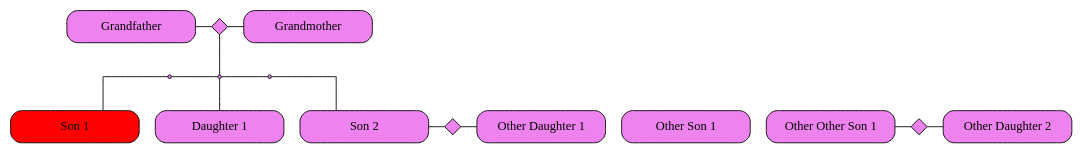
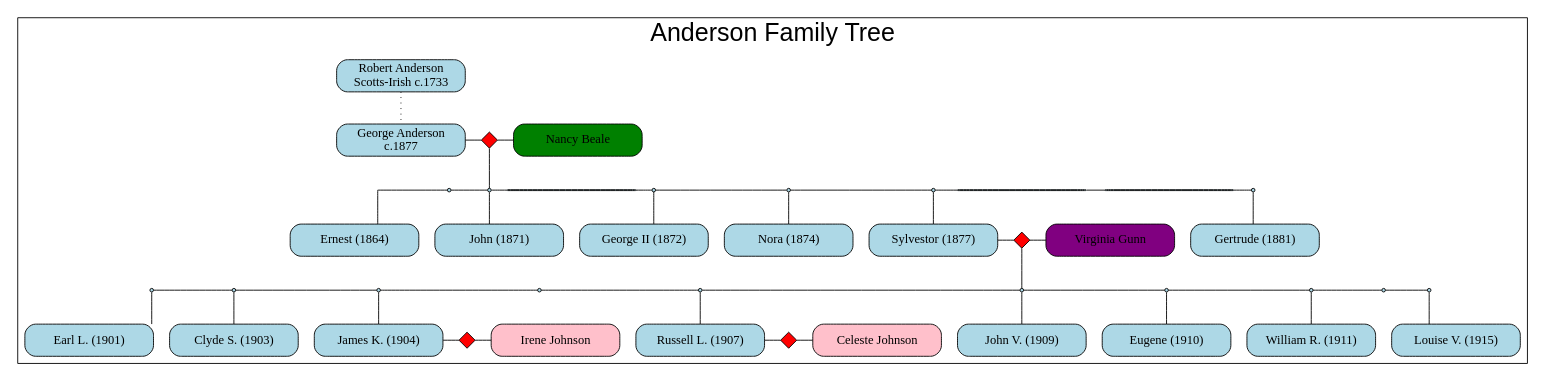
The diagram in app/testTree.dot (mbrick02/PHPMBBlog), drawn with Graphviz before and after one commit. The commit also changed 3 other files, not shown here.

Commit message:
may delete familyTree and Flowcharts versions

```diff
--- a/app/testTree.dot
+++ b/app/testTree.dot
@@ -1,69 +1,125 @@
 digraph {
+    /* designation: x#### or aLL## - with x or a(alpha) [A=Anderson, B=Beal/e, j is juncture, m=marriage juncture]
+        1st ## [or LL= level number]
+        2nd ## [= level offspring number]
+    */
     edge [dir=none];
     node [
-        fillcolor="violet",fixedsize=true,shape=box,
+        fillcolor="lightblue",fixedsize=true,shape=box,
         style="rounded,filled",width=2.0
     ];
     splines=ortho;
-    // GEN -01
-    {
-        rank=same; rankdir=LR;
-        "Grandfather" [regular=0];
-        m0002 [
-            label="",shape=diamond,regular=0,height=0.25,
+
+    subgraph cluster0 {
+        rankdir=LR;
+        label="Anderson Family Tree"
+        fontsize=28
+        fontname=arial
+        "A0001" [label="Robert Anderson \nScotts-Irish c.1733", regular=0];
+        // GEN -01
+        "A0301" [label="George Anderson \nc.1877", regular=0];
+        m0301 [
+            label="",shape=diamond,regular=0,height=0.25, fillcolor="red",
             width=0.25,style="filled",
         ];
-        "Grandmother" [regular=0];
+        "A0001" -> A0301 [style="dotted"];
+
+        "B0301" [label="Nancy Beale", regular=0, fillcolor="green"];
         {
             rank=same; rankdir=LR;
-            "Grandfather" -> m0002 -> "Grandmother";
+            "A0301" -> m0301 -> "B0301";
         }
-    }
-    m0002 -> c0001;
-    // GEN  00
-    {
-        rank=same; rankdir=LR;
-        c0000 [
-            label="",shape=circle, regular=0, height=0.05,
-            width=0.05,style="filled"
-        ];
-        c0001 [
-            label="",shape=circle, regular=0, height=0.05,
-            width=0.05,style="filled"
-        ];
-        c0002 [
-            label="",shape=circle, regular=0, height=0.05,
-            width=0.05, style="filled"
-        ];
-        {
+
+        m0301 -> j0401 [dir=none];
+
+        {  // 04 juncture points
             rank=same; rankdir=LR;
-            c0000 -> c0001 -> c0002;
+            j0400, j0401, j0403, j0404, j0405, j0408 [
+                label="",shape=circle, regular=0, height=0.05,
+                width=0.05,style="filled"
+            ];
+            j0402, j0406, j0407 [label="", height=0, shape=invis];
+
+            {
+                rank=same; rankdir=LR;
+                j0400 -> j0401 -> j0402 -> j0403 -> j0404 -> j0405 -> j0406 -> j0407 -> j0408;
+            }
         }
-    }
-    {
-        rank=same; rankdir=LR;
-        "Son 1" [regular=0, fillcolor="red"];
-        "Daughter 1" [regular=0];
-        "Son 2" [regular=0];
-        m0000 [
-            label="",shape=diamond,regular=0,height=0.25,
-            width=0.25,style="filled"
-        ];
-        "Other Daughter 1" [regular=0];
-        "Other Son 1" [regular=0];
-        "Other Other Son 1" [regular=0];
-        m0001 [
-            label="",shape=diamond,regular=0,height=0.25,
-            width=0.25, style="filled"
-        ];
-        "Other Daughter 2" [regular=0];
-        {
+        { // 05 row Generation
             rank=same; rankdir=LR;
-            "Son 2" -> m0000 -> "Other Daughter 1";
-            "Other Other Son 1" -> m0001 -> "Other Daughter 2";
+            /* Ernest (1864), John(1871), George II (1872),
+            Nora (1874), Sylvester(1877), Gertrude (1881) */
+            A0501 [label="Ernest (1864)", regular=0, group=vg1];
+            A0502 [label="John (1871)", regular=0];
+            A0503 [label="George II (1872)", regular=0];
+            A0504 [label="Nora (1874)", regular=0];
+            A0505 [label="Sylvestor (1877)" regular=0];
+            A0506 [label="Gertrude (1881)", regular=0];
+            m0500 [
+                label="",shape=diamond,regular=0,height=0.25, fillcolor="red",
+                width=0.25,style="filled",
+            ];
+            G0501 [label="Virginia Gunn", regular=0 fillcolor="purple"];
+
+            "A0505" -> m0500 -> G0501;
         }
-    }
-    c0000 -> "Son 1" [headport=ne];
-    c0001 -> "Daughter 1";
-    c0002 -> "Son 2":nw; // Shorthand for [headport=nw]
+        j0400 -> "A0501" [headport=ne];
+        j0401 -> "A0502";
+        j0403 -> "A0503":n; // Shorthand for [headport=nw]
+        j0404 -> "A0504";
+        j0405 -> "A0505";
+        j0408 -> "A0506";
+
+
+        m0500 -> j0605 [dir=none];
+        {  // 06 juncture points
+          j0600, j0601, j0602, j0603, j0604, j0605, j0606, j0607, j0608, j0609 [
+              label="",shape=circle, regular=0, height=0.05,
+              width=0.05,style="filled"
+          ];
+
+          {
+              rank=same; rankdir=LR;
+              j0600 -> j0601 -> j0602 -> j0603 -> j0604 -> j0605 -> j0606 -> j0607 -> j0608 -> j0609;
+          }
+
+          j0600 -> "A0701";
+          j0601 -> "A0702";
+          j0602 -> "A0703";
+          j0604 -> "A0704";
+          j0605 -> "A0705";
+          j0606 -> "A0706";
+          j0607 -> "A0707";
+          j0609 -> "A0708";
+      }
+
+      { // 07 row Generation
+          rank=same; rankdir=LR;
+          //      Earl L. (1901), Clyde S. (1903), James K. (1904),
+         // Russell L. (1907), John V. (1909), Eugene (1910),
+         // William R. (1911), Louise V. (1915)
+          A0701 [label="Earl L. (1901)", regular=0, group=vg1];
+          A0702 [label="Clyde S. (1903)", regular=0];
+          A0703 [label="James K. (1904)", regular=0];
+          A0704 [label="Russell L. (1907)", regular=0];
+          A0705 [label="John V. (1909)" regular=0];
+          A0706 [label="Eugene (1910)", regular=0];
+          A0707 [label="William R. (1911)", regular=0];
+          A0708 [label="Louise V. (1915)", regular=0];
+          m0700, m0701 [
+              label="",shape=diamond,regular=0,height=0.25, fillcolor="red",
+              width=0.25,style="filled",
+          ];
+          G0701 [label="Irene Johnson", regular=0 fillcolor="pink"];
+          G0702 [label="Celeste Johnson", regular=0 fillcolor="pink"];
+
+          "A0703" -> m0700 -> G0701;
+          "A0704" -> m0701 -> G0702;
+      }
+      edge [style=invis];
+      A0501 -> A0502 -> A0503 -> A0504 -> A0505
+      G0501 -> A0506
+      A0701 -> A0702 -> A0703
+      A0705 -> A0706 -> A0707
+  }
 }
```
